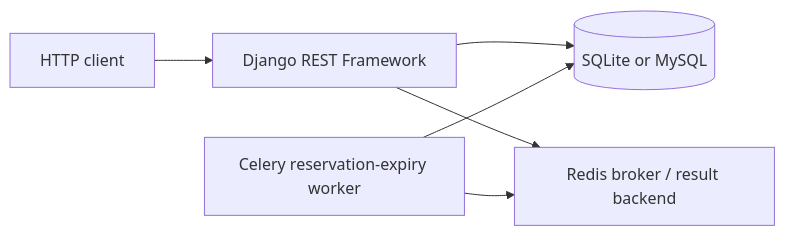
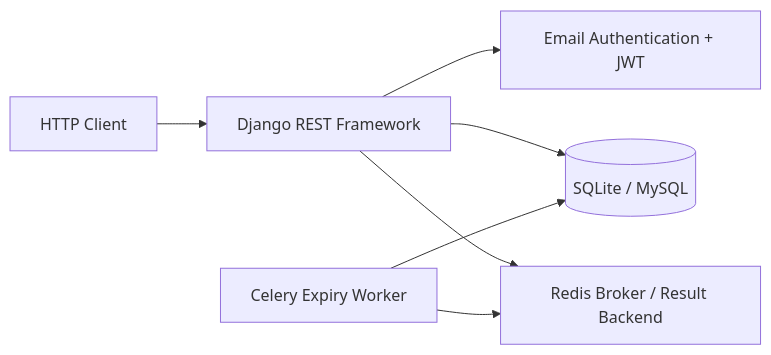
Before and after one commit to sinajokarr/NexusTicket: the diagram in README.md, drawn with Mermaid. The commit also changed other lines of this file, not shown here.

````diff
--- a/README.md
+++ b/README.md
@@ -32,8 +60,9 @@
 ```mermaid
 flowchart LR
-    Client[HTTP client] --> API[Django REST Framework]
-    API --> Database[(SQLite or MySQL)]
-    API --> Redis[Redis broker / result backend]
-    Worker[Celery reservation-expiry worker] --> Redis
+    Client[HTTP Client] --> API[Django REST Framework]
+    API --> Auth[Email Authentication + JWT]
+    API --> Database[(SQLite / MySQL)]
+    API --> Redis[Redis Broker / Result Backend]
+    Worker[Celery Expiry Worker] --> Redis
     Worker --> Database
 ```
````
